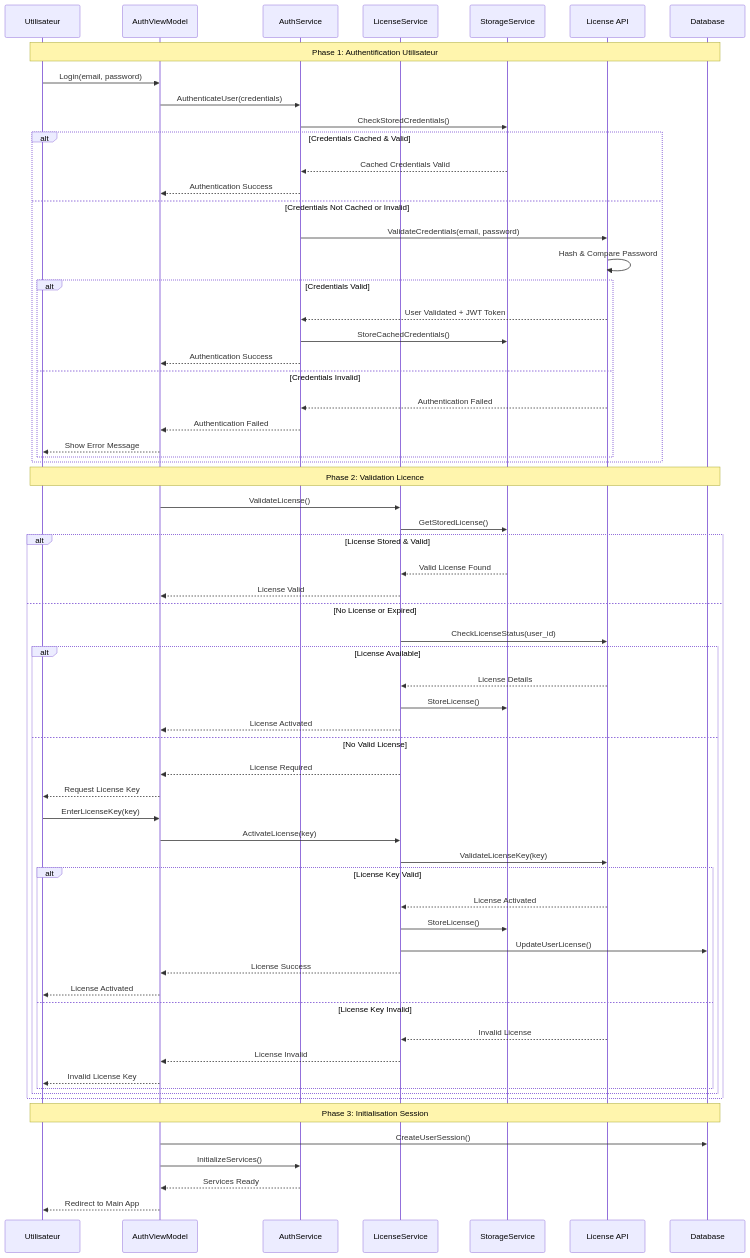
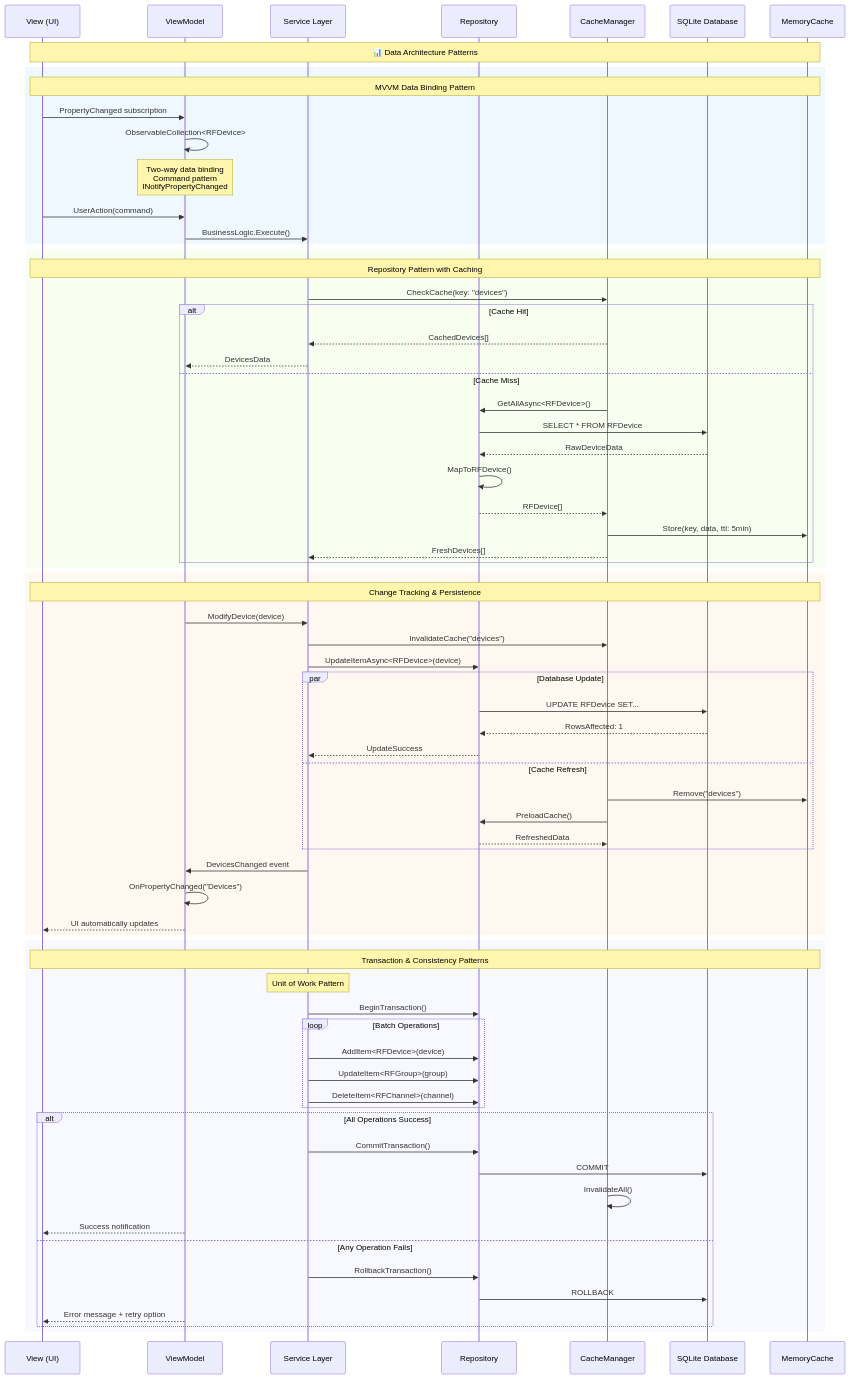
The fourth of 5 diagrams in docusaurus/docs/uml-analysis/sequence-diagrams.md (Beatwen/RF_Go), drawn with Mermaid before and after one commit. The commit also changed other lines of this file and 123 other files, not shown here.

````diff
--- a/docusaurus/docs/uml-analysis/sequence-diagrams.md
+++ b/docusaurus/docs/uml-analysis/sequence-diagrams.md
@@ -164,75 +272,86 @@
 ```mermaid
 sequenceDiagram
-    participant U as Utilisateur
-    participant AVM as AuthViewModel
-    participant AS as AuthService
-    participant LS as LicenseService
-    participant SS as StorageService
-    participant API as License API
-    participant DB as Database
+    participant V as View (UI)
+    participant VM as ViewModel
+    participant SRV as Service Layer
+    participant REPO as Repository
+    participant CACHE as CacheManager
+    participant DB as SQLite Database
+    participant MEM as MemoryCache
 
-    Note over U,DB: Phase 1: Authentification Utilisateur
-    U->>AVM: Login(email, password)
-    AVM->>AS: AuthenticateUser(credentials)
+    Note over V,MEM: 📊 Data Architecture Patterns
     
-    AS->>SS: CheckStoredCredentials()
-    alt Credentials Cached & Valid
-        SS-->>AS: Cached Credentials Valid
-        AS-->>AVM: Authentication Success
-    else Credentials Not Cached or Invalid
-        AS->>API: ValidateCredentials(email, password)
-        API->>API: Hash & Compare Password
+    rect rgb(240, 248, 255)
+        Note over V,MEM: MVVM Data Binding Pattern
+        V->>VM: PropertyChanged subscription
+        VM->>VM: ObservableCollection<RFDevice>
         
-        alt Credentials Valid
-            API-->>AS: User Validated + JWT Token
-            AS->>SS: StoreCachedCredentials()
-            AS-->>AVM: Authentication Success
-        else Credentials Invalid
-            API-->>AS: Authentication Failed
-            AS-->>AVM: Authentication Failed
-            AVM-->>U: Show Error Message
+        Note over VM: Two-way data binding<br/>Command pattern<br/>INotifyPropertyChanged
+        
+        V->>VM: UserAction(command)
+        VM->>SRV: BusinessLogic.Execute()
+    end
+    
+    rect rgb(248, 255, 240)
+        Note over V,MEM: Repository Pattern with Caching
+        SRV->>CACHE: CheckCache(key: "devices")
+        
+        alt Cache Hit
+            CACHE-->>SRV: CachedDevices[]
+            SRV-->>VM: DevicesData
+        else Cache Miss
+            CACHE->>REPO: GetAllAsync<RFDevice>()
+            REPO->>DB: SELECT * FROM RFDevice
+            DB-->>REPO: RawDeviceData
+            REPO->>REPO: MapToRFDevice()
+            REPO-->>CACHE: RFDevice[]
+            CACHE->>MEM: Store(key, data, ttl: 5min)
+            CACHE-->>SRV: FreshDevices[]
         end
     end
     
-    Note over U,DB: Phase 2: Validation Licence
-    AVM->>LS: ValidateLicense()
-    LS->>SS: GetStoredLicense()
+    rect rgb(255, 248, 240)
+        Note over V,MEM: Change Tracking & Persistence
+        VM->>SRV: ModifyDevice(device)
+        SRV->>CACHE: InvalidateCache("devices")
+        SRV->>REPO: UpdateItemAsync<RFDevice>(device)
+        
+        par Database Update
+            REPO->>DB: UPDATE RFDevice SET...
+            DB-->>REPO: RowsAffected: 1
+            REPO-->>SRV: UpdateSuccess
+        and Cache Refresh
+            CACHE->>MEM: Remove("devices")
+            CACHE->>REPO: PreloadCache()
+            REPO-->>CACHE: RefreshedData
+        end
+        
+        SRV->>VM: DevicesChanged event
+        VM->>VM: OnPropertyChanged("Devices")
+        VM-->>V: UI automatically updates
+    end
     
-    alt License Stored & Valid
-        SS-->>LS: Valid License Found
-        LS-->>AVM: License Valid
-    else No License or Expired
-        LS->>API: CheckLicenseStatus(user_id)
+    rect rgb(248, 248, 255)
+        Note over V,MEM: Transaction & Consistency Patterns
         
-        alt License Available
-            API-->>LS: License Details
-            LS->>SS: StoreLicense()
-            LS-->>AVM: License Activated
-        else No Valid License
-            LS-->>AVM: License Required
-            AVM-->>U: Request License Key
-            
-            U->>AVM: EnterLicenseKey(key)
-            AVM->>LS: ActivateLicense(key)
-            LS->>API: ValidateLicenseKey(key)
-            
-            alt License Key Valid
-                API-->>LS: License Activated
-                LS->>SS: StoreLicense()
-                LS->>DB: UpdateUserLicense()
-                LS-->>AVM: License Success
-                AVM-->>U: License Activated
-            else License Key Invalid
-                API-->>LS: Invalid License
-                LS-->>AVM: License Invalid
-                AVM-->>U: Invalid License Key
-            end
+        Note over SRV: Unit of Work Pattern
+        SRV->>REPO: BeginTransaction()
+        
+        loop Batch Operations
+            SRV->>REPO: AddItem<RFDevice>(device)
+            SRV->>REPO: UpdateItem<RFGroup>(group)
+            SRV->>REPO: DeleteItem<RFChannel>(channel)
+        end
+        
+        alt All Operations Success
+            SRV->>REPO: CommitTransaction()
+            REPO->>DB: COMMIT
+            CACHE->>CACHE: InvalidateAll()
+            VM-->>V: Success notification
+        else Any Operation Fails
+            SRV->>REPO: RollbackTransaction()
+            REPO->>DB: ROLLBACK
+            VM-->>V: Error message + retry option
         end
     end
-    
-    Note over U,DB: Phase 3: Initialisation Session
-    AVM->>DB: CreateUserSession()
-    AVM->>AS: InitializeServices()
-    AS-->>AVM: Services Ready
-    AVM-->>U: Redirect to Main App
 ```
````
